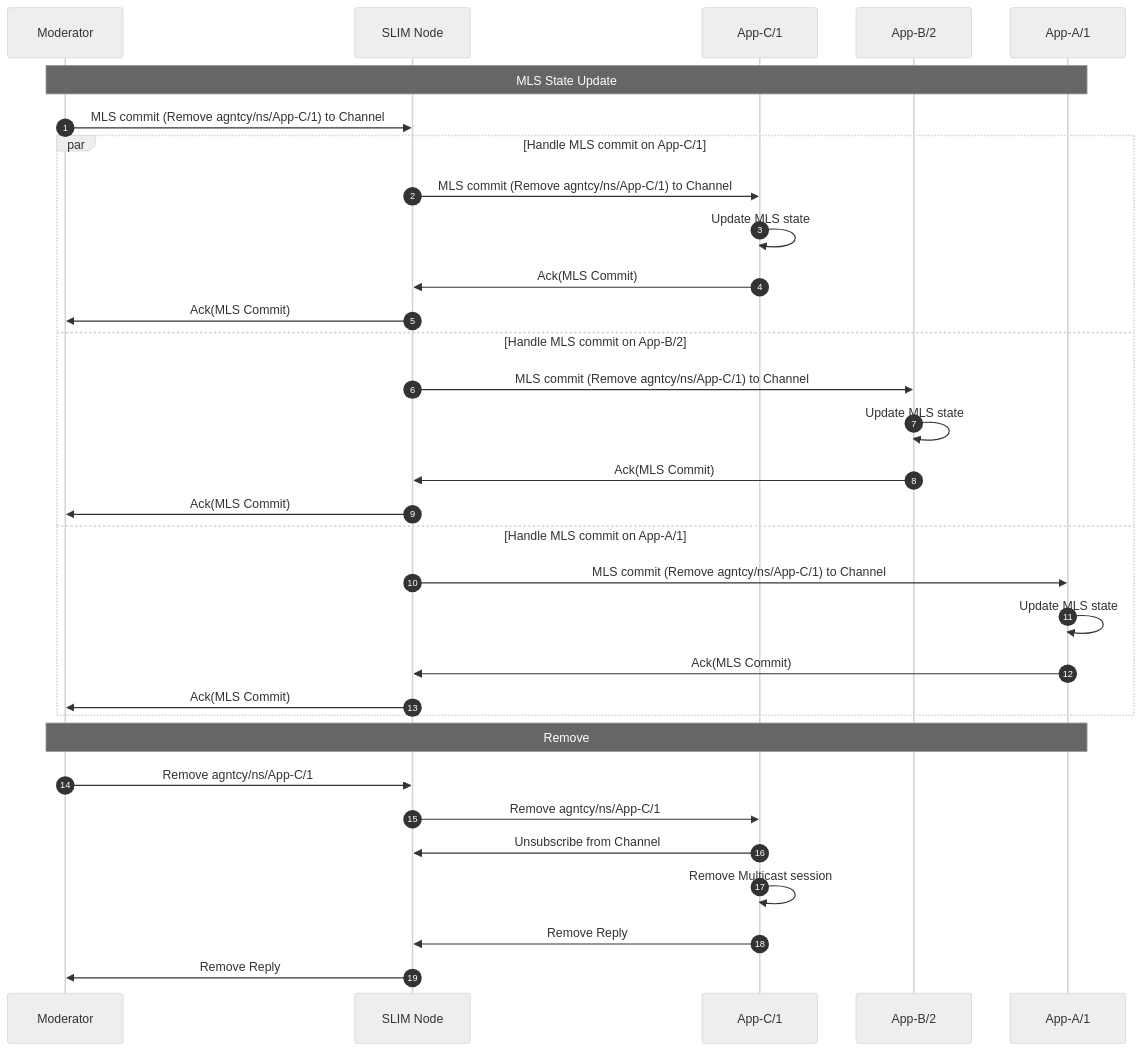
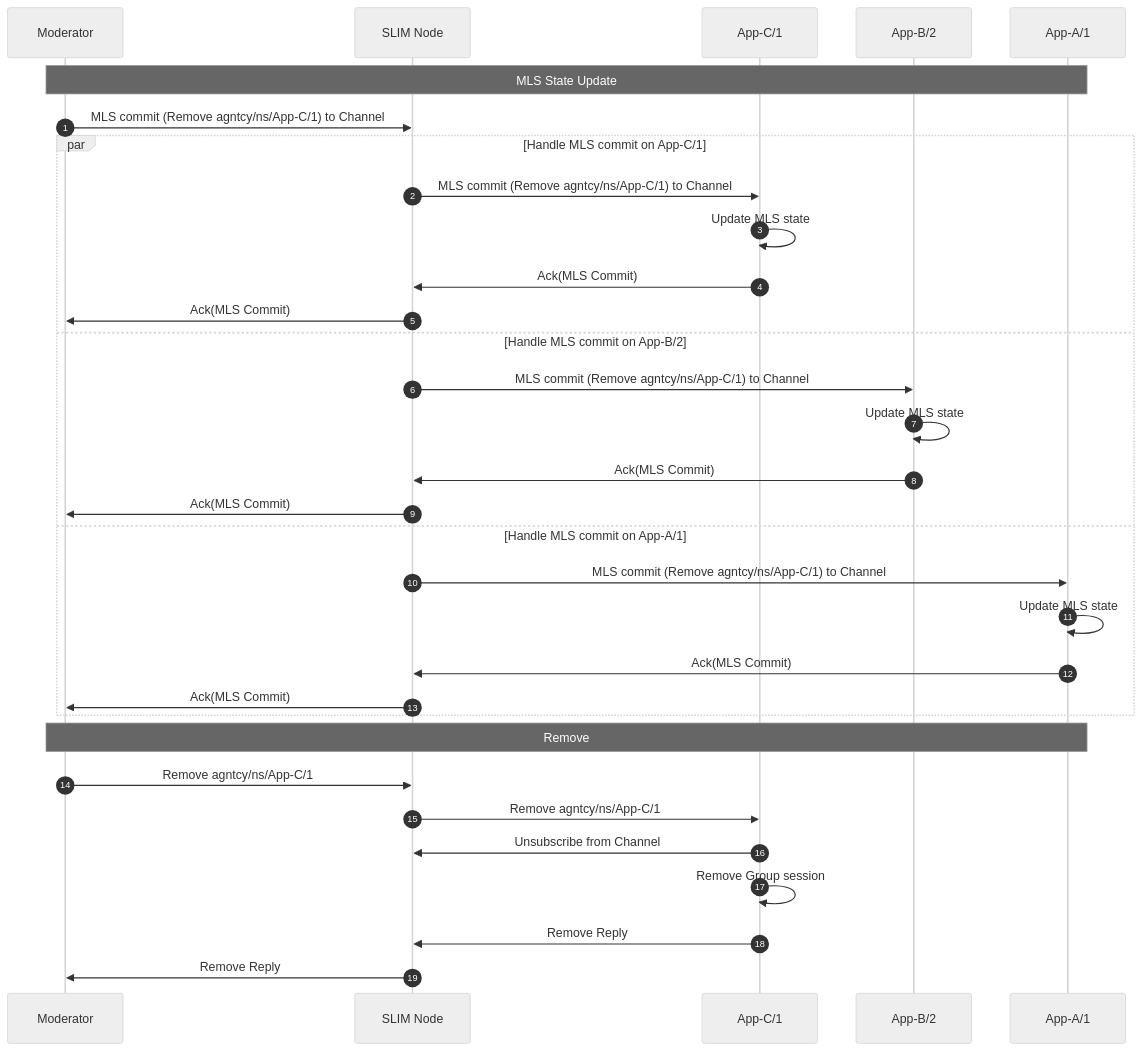
Before and after one commit to agntcy/slim: the third of 3 diagrams in data-plane/python/bindings/SESSION.md, drawn with Mermaid (neutral theme). The commit also changed other lines of this file and 25 other files, not shown here.

First line of the commit message:
refactor(python/bindings): remove anycast session and rename unicast and multicast (#795)

````diff
--- a/data-plane/python/bindings/SESSION.md
+++ b/data-plane/python/bindings/SESSION.md
@@ -424,37 +317,37 @@
 ```mermaid
 sequenceDiagram
     autonumber
 
     participant Moderator
     participant SLIM Node
     participant App-C/1
     participant App-B/2
     participant App-A/1
 
     Note over Moderator,App-A/1: MLS State Update
     Moderator->>SLIM Node: MLS commit (Remove agntcy/ns/App-C/1) to Channel
     par Handle MLS commit on App-C/1
         SLIM Node->>App-C/1: MLS commit (Remove agntcy/ns/App-C/1) to Channel
         App-C/1->>App-C/1: Update MLS state
         App-C/1->>SLIM Node: Ack(MLS Commit)
         SLIM Node->>Moderator: Ack(MLS Commit)
     and Handle MLS commit on App-B/2
         SLIM Node->>App-B/2: MLS commit (Remove agntcy/ns/App-C/1) to Channel
         App-B/2->>App-B/2: Update MLS state
         App-B/2->>SLIM Node: Ack(MLS Commit)
         SLIM Node->>Moderator: Ack(MLS Commit)
     and Handle MLS commit on App-A/1
         SLIM Node->>App-A/1: MLS commit (Remove agntcy/ns/App-C/1) to Channel
         App-A/1->>App-A/1: Update MLS state
         App-A/1->>SLIM Node: Ack(MLS Commit)
         SLIM Node->>Moderator: Ack(MLS Commit)
     end
-    
+
     Note over Moderator,App-A/1: Remove
-    Moderator->>SLIM Node: Remove agntcy/ns/App-C/1 
-    SLIM Node->>App-C/1: Remove agntcy/ns/App-C/1 
+    Moderator->>SLIM Node: Remove agntcy/ns/App-C/1
+    SLIM Node->>App-C/1: Remove agntcy/ns/App-C/1
     App-C/1->>SLIM Node: Unsubscribe from Channel
-    App-C/1->>App-C/1: Remove Multicast session
+    App-C/1->>App-C/1: Remove Group session
     App-C/1->>SLIM Node: Remove Reply
     SLIM Node->>Moderator: Remove Reply
 ```
````
